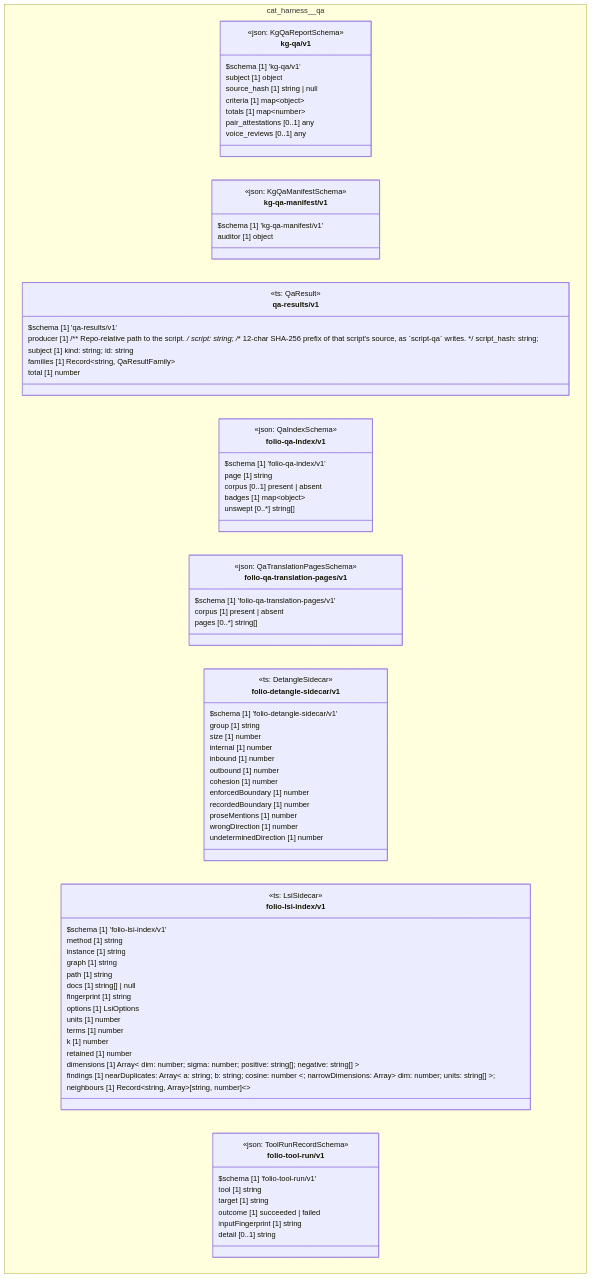
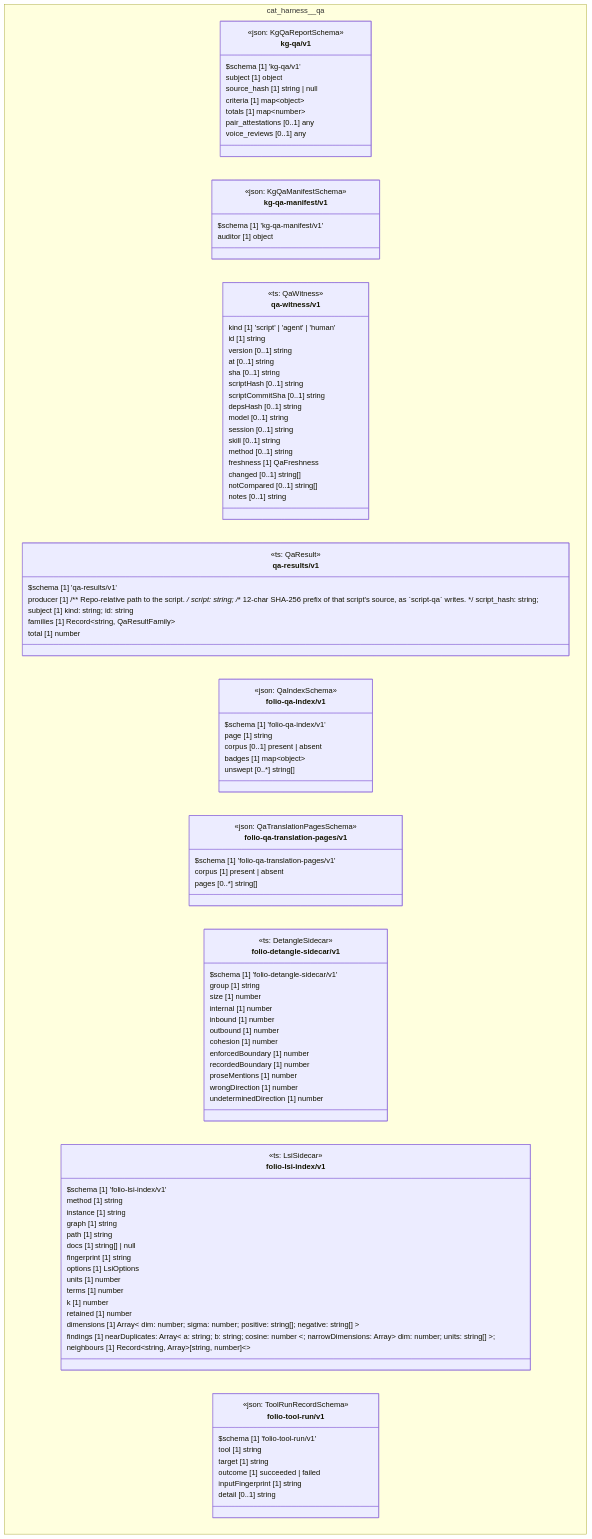
Before and after one commit to litlfred/folio-assistant: the diagram in cat-harness/uml/overview/cat-harness/qa.mmd, drawn with Mermaid. The commit also changed 24 other files, not shown here.

```diff
--- a/cat-harness/uml/overview/cat-harness/qa.mmd
+++ b/cat-harness/uml/overview/cat-harness/qa.mmd
@@ -1,91 +1,111 @@
 classDiagram
   direction TB
   namespace cat_harness__qa {
     class cat_harness_qa_kg_qa_v1_kg_qa_v1["kg-qa/v1"] {
       <<json: KgQaReportSchema>>
       $schema [1] 'kg-qa/v1'
       subject [1] object
       source_hash [1] string | null
       criteria [1] map~object~
       totals [1] map~number~
       pair_attestations [0..1] any
       voice_reviews [0..1] any
     }
     class cat_harness_qa_kg_qa_manifest_v1_kg_qa_manifest_v1["kg-qa-manifest/v1"] {
       <<json: KgQaManifestSchema>>
       $schema [1] 'kg-qa-manifest/v1'
       auditor [1] object
+    }
+    class cat_harness_qa_qa_witness_v1["qa-witness/v1"] {
+      <<ts: QaWitness>>
+      kind [1] 'script' | 'agent' | 'human'
+      id [1] string
+      version [0..1] string
+      at [0..1] string
+      sha [0..1] string
+      scriptHash [0..1] string
+      scriptCommitSha [0..1] string
+      depsHash [0..1] string
+      model [0..1] string
+      session [0..1] string
+      skill [0..1] string
+      method [0..1] string
+      freshness [1] QaFreshness
+      changed [0..1] string[]
+      notCompared [0..1] string[]
+      notes [0..1] string
     }
     class cat_harness_qa_qa_results_v1["qa-results/v1"] {
       <<ts: QaResult>>
       $schema [1] 'qa-results/v1'
       producer [1]  /** Repo-relative path to the script. */ script: string; /** 12-char SHA-256 prefix of that script's source, as `script-qa` writes. */ script_hash: string; 
       subject [1]  kind: string; id: string 
       families [1] Record~string, QaResultFamily~
       total [1] number
     }
     class cat_harness_qa_folio_qa_index_v1_folio_qa_index_v1["folio-qa-index/v1"] {
       <<json: QaIndexSchema>>
       $schema [1] 'folio-qa-index/v1'
       page [1] string
       corpus [0..1] present | absent
       badges [1] map~object~
       unswept [0..*] string[]
     }
     class cat_harness_qa_folio_qa_translation_pages_v1_folio_qa_translation_pages_v1["folio-qa-translation-pages/v1"] {
       <<json: QaTranslationPagesSchema>>
       $schema [1] 'folio-qa-translation-pages/v1'
       corpus [1] present | absent
       pages [0..*] string[]
     }
     class cat_harness_qa_folio_detangle_sidecar_v1["folio-detangle-sidecar/v1"] {
       <<ts: DetangleSidecar>>
       $schema [1] 'folio-detangle-sidecar/v1'
       group [1] string
       size [1] number
       internal [1] number
       inbound [1] number
       outbound [1] number
       cohesion [1] number
       enforcedBoundary [1] number
       recordedBoundary [1] number
       proseMentions [1] number
       wrongDirection [1] number
       undeterminedDirection [1] number
     }
     class cat_harness_qa_folio_lsi_index_v1["folio-lsi-index/v1"] {
       <<ts: LsiSidecar>>
       $schema [1] 'folio-lsi-index/v1'
       method [1] string
       instance [1] string
       graph [1] string
       path [1] string
       docs [1] string[] | null
       fingerprint [1] string
       options [1] LsiOptions
       units [1] number
       terms [1] number
       k [1] number
       retained [1] number
       dimensions [1] Array~ dim: number; sigma: number; positive: string[]; negative: string[] ~
       findings [1]  nearDuplicates: Array~ a: string; b: string; cosine: number ~; narrowDimensions: Array~ dim: number; units: string[] ~; 
       neighbours [1] Record~string, Array~[string, number]~~
     }
     class cat_harness_qa_folio_tool_run_v1_folio_tool_run_v1["folio-tool-run/v1"] {
       <<json: ToolRunRecordSchema>>
       $schema [1] 'folio-tool-run/v1'
       tool [1] string
       target [1] string
       outcome [1] succeeded | failed
       inputFingerprint [1] string
       detail [0..1] string
     }
   }
   cssClass "cat_harness_qa_kg_qa_v1_kg_qa_v1" fa_uml_kind_qa
   cssClass "cat_harness_qa_kg_qa_manifest_v1_kg_qa_manifest_v1" fa_uml_kind_qa
+  cssClass "cat_harness_qa_qa_witness_v1" fa_uml_kind_qa
   cssClass "cat_harness_qa_qa_results_v1" fa_uml_kind_qa
   cssClass "cat_harness_qa_folio_qa_index_v1_folio_qa_index_v1" fa_uml_kind_qa
   cssClass "cat_harness_qa_folio_qa_translation_pages_v1_folio_qa_translation_pages_v1" fa_uml_kind_qa
   cssClass "cat_harness_qa_folio_detangle_sidecar_v1" fa_uml_kind_qa
   cssClass "cat_harness_qa_folio_lsi_index_v1" fa_uml_kind_qa
   cssClass "cat_harness_qa_folio_tool_run_v1_folio_tool_run_v1" fa_uml_kind_qa
```
